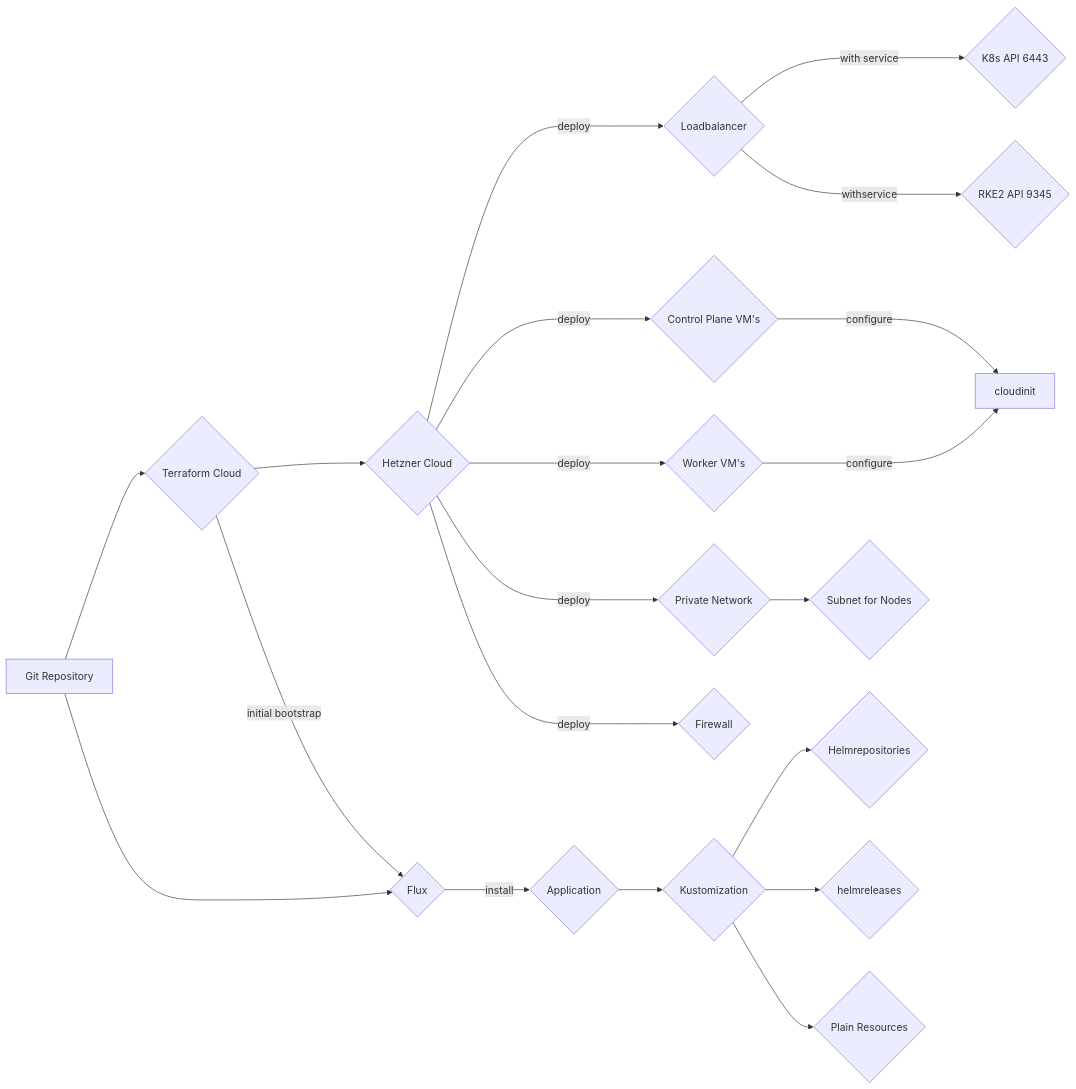
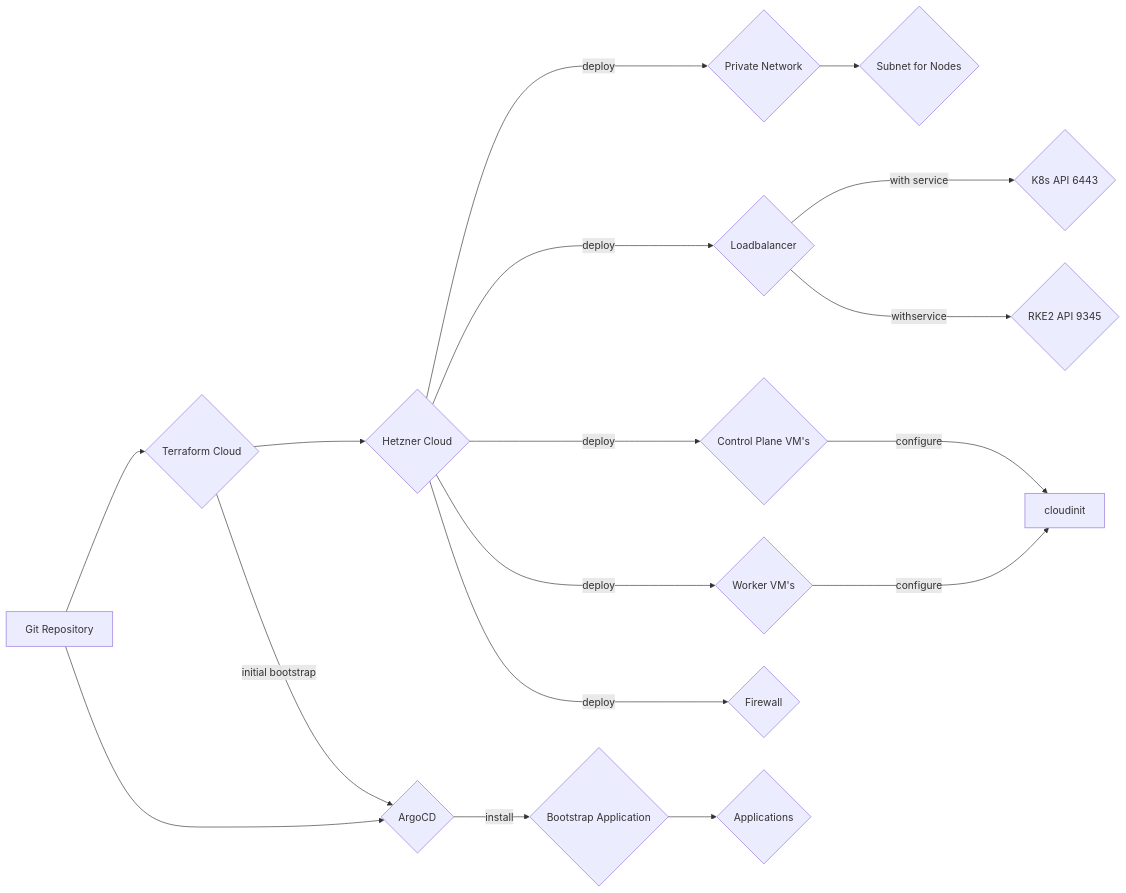
Before and after one commit to acend/infrastructure: the diagram in README.md, drawn with Mermaid. The commit also changed other lines of this file, not shown here.

````diff
--- a/README.md
+++ b/README.md
@@ -27,31 +27,27 @@
 ```mermaid
 flowchart LR
     A[Git Repository]
     A --> B{Terraform Cloud}
 
     B --> C{Hetzner Cloud}
 
     C -- deploy ---> C1{Loadbalancer}
     C1 -- with service ---> C11{K8s API 6443}
     C1 -- withservice ---> C12{RKE2 API 9345}
     C -- deploy ---> C2{Control Plane VM's}
     C -- deploy ---> C3{Worker VM's}
     C -- deploy ---> C4{Private Network}
     C4 --> C41{Subnet for Nodes}
     C -- deploy ---> C5{Firewall}
     C2 -- configure ---> cloudinit
     C3 -- configure ---> cloudinit
     
     B-- initial bootstrap -->D
 
-    A --> D{Flux}
+    A --> D{ArgoCD}
 
-    D -- install -->D1{Application}
+    D -- install -->D1{Bootstrap Application}
 
-    D1 --> D1K{Kustomization}
-
-    D1K --> D1HREPO{Helmrepositories}
-    D1K --> D1HRELEASE{helmreleases}
-    D1K --> PLAIN{Plain Resources}
+    D1 --> D1K{Applications}
 
 ```
````
